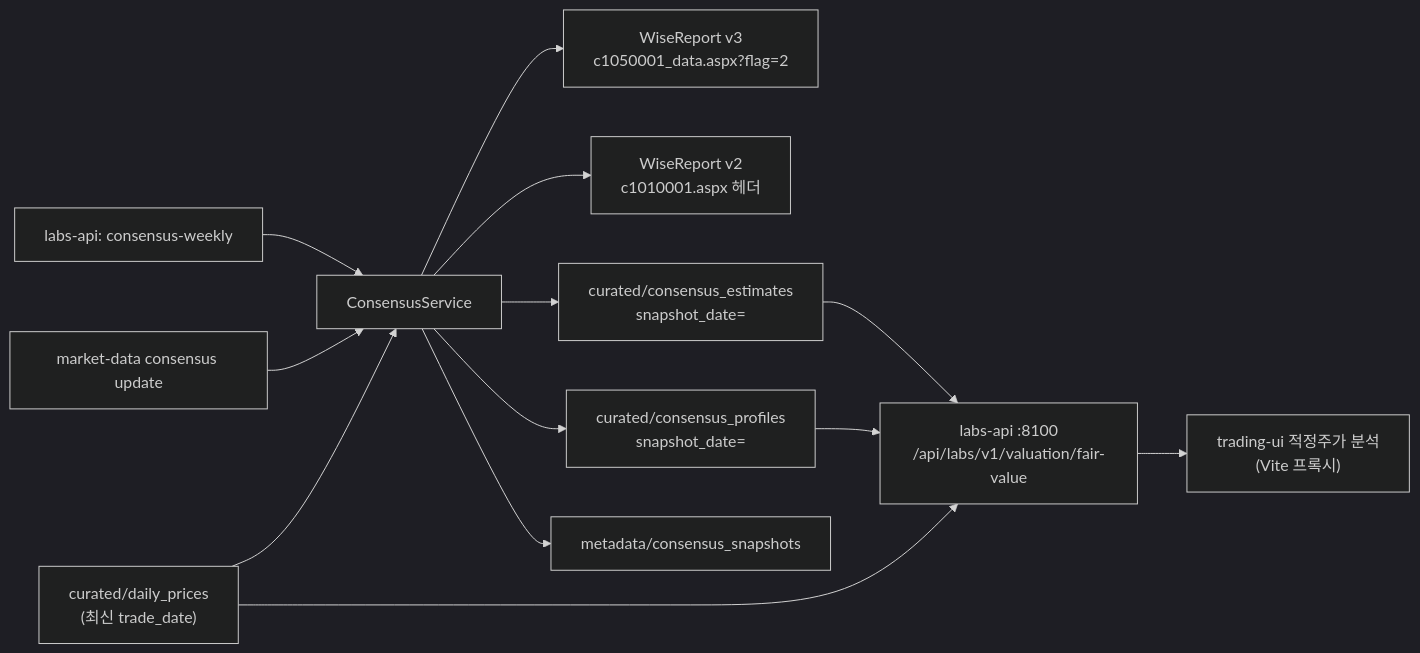
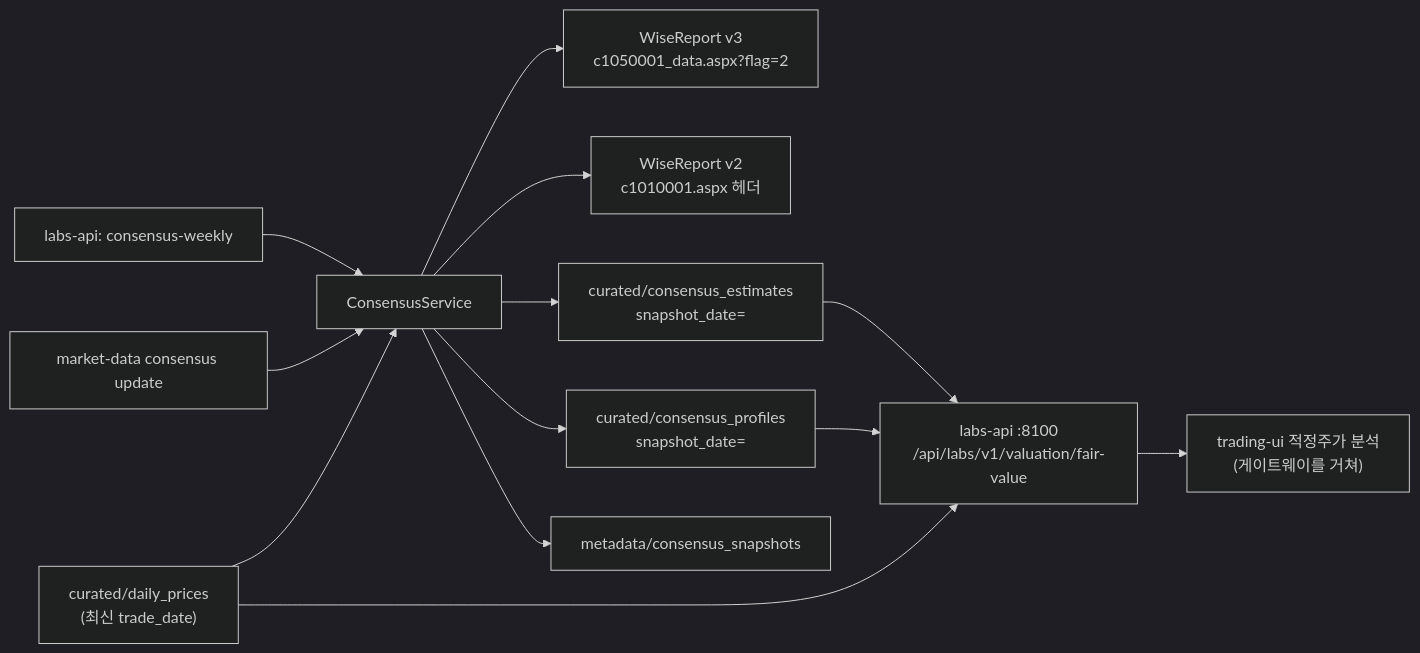
The diagram in docs/valuation.md (twilight4j/trading-labs), drawn with Mermaid (dark theme) before and after one commit. The commit also changed other lines of this file and 2 other files, not shown here.

First line of the commit message:
문서와 주석의 "Vite 프록시"를 게이트웨이(trading-gateway)로 (JAE-139)

````diff
--- a/docs/valuation.md
+++ b/docs/valuation.md
@@ -16,15 +16,15 @@
 ```mermaid
 flowchart LR
   Cron["labs-api: consensus-weekly"] --> Svc["ConsensusService"]
   CLI["market-data consensus update"] --> Svc
   Prices["curated/daily_prices\n(최신 trade_date)"] --> Svc
   Svc --> V3["WiseReport v3\nc1050001_data.aspx?flag=2"]
   Svc --> V2["WiseReport v2\nc1010001.aspx 헤더"]
   Svc --> Est["curated/consensus_estimates\nsnapshot_date="]
   Svc --> Prof["curated/consensus_profiles\nsnapshot_date="]
   Svc --> Manifest["metadata/consensus_snapshots"]
   Est --> API["labs-api :8100\n/api/labs/v1/valuation/fair-value"]
   Prof --> API
   Prices --> API
-  API --> UI["trading-ui 적정주가 분석\n(Vite 프록시)"]
+  API --> UI["trading-ui 적정주가 분석\n(게이트웨이를 거쳐)"]
 ```
````
